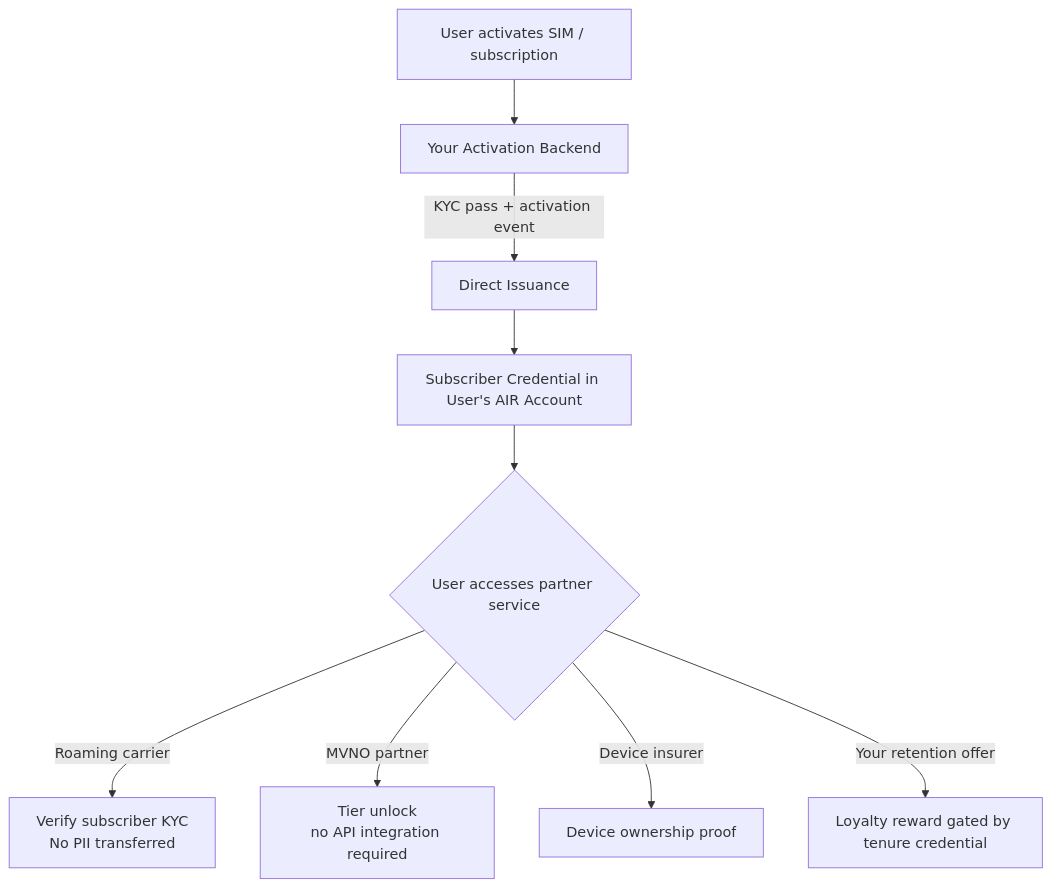
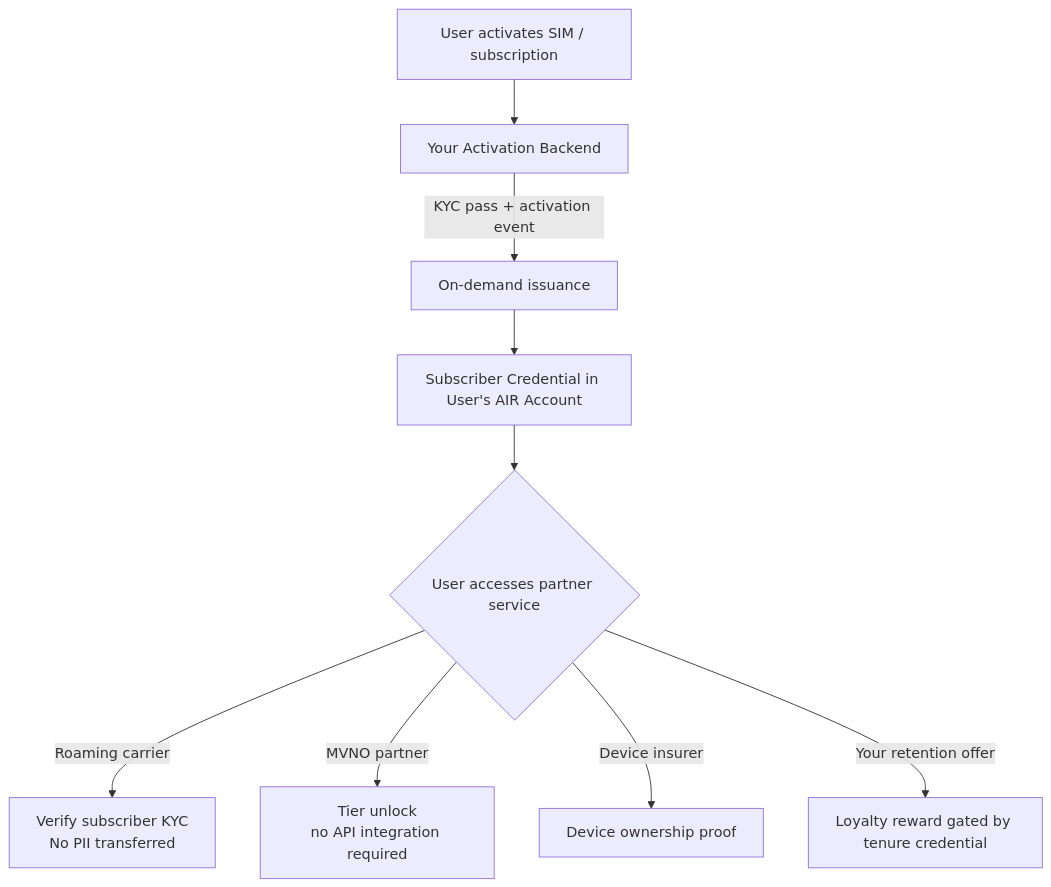
The diagram in airkit/guides/air-for-telco.mdx (MocaNetwork/docs), drawn with Mermaid before and after one commit. The commit also changed other lines of this file and 31 other files, not shown here.

````diff
--- a/airkit/guides/air-for-telco.mdx
+++ b/airkit/guides/air-for-telco.mdx
@@ -20,12 +20,12 @@
 ```mermaid
 graph TD
     A["User activates SIM / subscription"] --> B[Your Activation Backend]
-    B -->|KYC pass + activation event| C[Direct Issuance]
+    B -->|KYC pass + activation event| C[On-demand issuance]
     C --> D[Subscriber Credential in User's AIR Account]
 
     D --> E{User accesses partner service}
     E -->|Roaming carrier| F["Verify subscriber KYC\nNo PII transferred"]
     E -->|MVNO partner| G["Tier unlock\nno API integration required"]
     E -->|Device insurer| H["Device ownership proof"]
     E -->|Your retention offer| I["Loyalty reward gated by tenure credential"]
 ```
````
